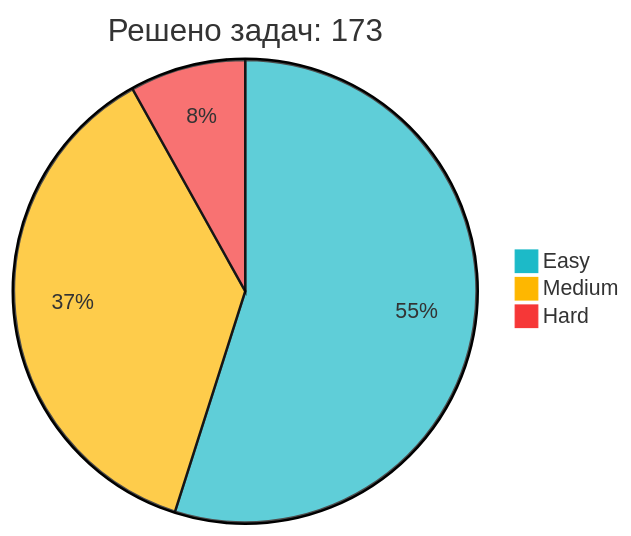
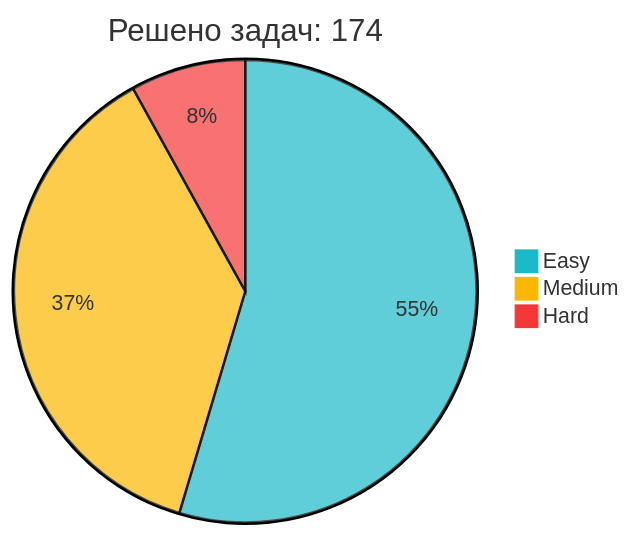
The diagram in README.md (IliaKurdukov/IliaKurdukov), drawn with Mermaid before and after one commit. The commit also changed other lines of this file, not shown here.

Commit message:
📈 Обновление статистики LeetCode

````diff
--- a/README.md
+++ b/README.md
@@ -51,7 +51,7 @@
 ```mermaid
 %%{init: {'theme': 'base', 'themeVariables': { 'pie1': '#1CBAC8', 'pie2': '#FEB700', 'pie3': '#F63737' }, 'config': {'width': 300, 'height': 200}}}%%
-pie title Решено задач: 173
+pie title Решено задач: 174
    "Easy" : 95
-   "Medium" : 64
+   "Medium" : 65
    "Hard" : 14
 ```
````
